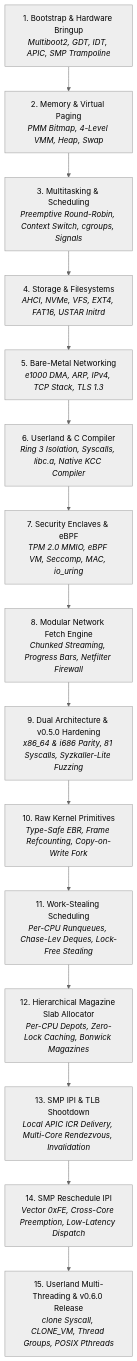
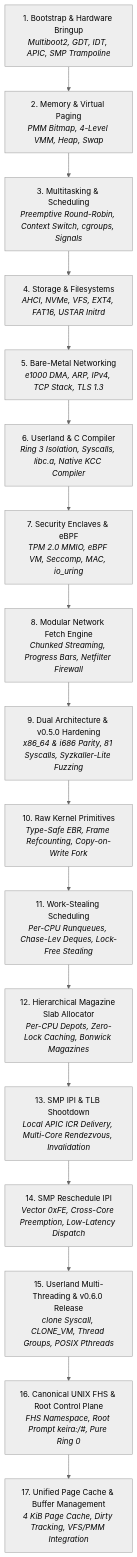
Before and after one commit to mrvlous/keira: the diagram in docs/journey/README.md, drawn with Mermaid (neutral theme). The commit also changed other lines of this file, not shown here.

Commit message:
docs(journey): update milestone timeline and chapters for v0.7.0

````diff
--- a/docs/journey/README.md
+++ b/docs/journey/README.md
@@ -11,17 +11,19 @@
 ```mermaid
 graph TD
     M1["1. Bootstrap & Hardware Bringup<br/><i>Multiboot2, GDT, IDT, APIC, SMP Trampoline</i>"] --> M2["2. Memory & Virtual Paging<br/><i>PMM Bitmap, 4-Level VMM, Heap, Swap</i>"]
     M2 --> M3["3. Multitasking & Scheduling<br/><i>Preemptive Round-Robin, Context Switch, cgroups, Signals</i>"]
     M3 --> M4["4. Storage & Filesystems<br/><i>AHCI, NVMe, VFS, EXT4, FAT16, USTAR Initrd</i>"]
     M4 --> M5["5. Bare-Metal Networking<br/><i>e1000 DMA, ARP, IPv4, TCP Stack, TLS 1.3</i>"]
     M5 --> M6["6. Userland & C Compiler<br/><i>Ring 3 Isolation, Syscalls, libc.a, Native KCC Compiler</i>"]
     M6 --> M7["7. Security Enclaves & eBPF<br/><i>TPM 2.0 MMIO, eBPF VM, Seccomp, MAC, io_uring</i>"]
     M7 --> M8["8. Modular Network Fetch Engine<br/><i>Chunked Streaming, Progress Bars, Netfilter Firewall</i>"]
     M8 --> M9["9. Dual Architecture & v0.5.0 Hardening<br/><i>x86_64 & i686 Parity, 81 Syscalls, Syzkaller-Lite Fuzzing</i>"]
     M9 --> M10["10. Raw Kernel Primitives<br/><i>Type-Safe EBR, Frame Refcounting, Copy-on-Write Fork</i>"]
     M10 --> M11["11. Work-Stealing Scheduling<br/><i>Per-CPU Runqueues, Chase-Lev Deques, Lock-Free Stealing</i>"]
     M11 --> M12["12. Hierarchical Magazine Slab Allocator<br/><i>Per-CPU Depots, Zero-Lock Caching, Bonwick Magazines</i>"]
     M12 --> M13["13. SMP IPI & TLB Shootdown<br/><i>Local APIC ICR Delivery, Multi-Core Rendezvous, Invalidation</i>"]
     M13 --> M14["14. SMP Reschedule IPI<br/><i>Vector 0xFE, Cross-Core Preemption, Low-Latency Dispatch</i>"]
     M14 --> M15["15. Userland Multi-Threading & v0.6.0 Release<br/><i>clone Syscall, CLONE_VM, Thread Groups, POSIX Pthreads</i>"]
+    M15 --> M16["16. Canonical UNIX FHS & Root Control Plane<br/><i>FHS Namespace, Root Prompt keira:/#, Pure Ring 0</i>"]
+    M16 --> M17["17. Unified Page Cache & Buffer Management<br/><i>4 KiB Page Cache, Dirty Tracking, VFS/PMM Integration</i>"]
 ```
````
